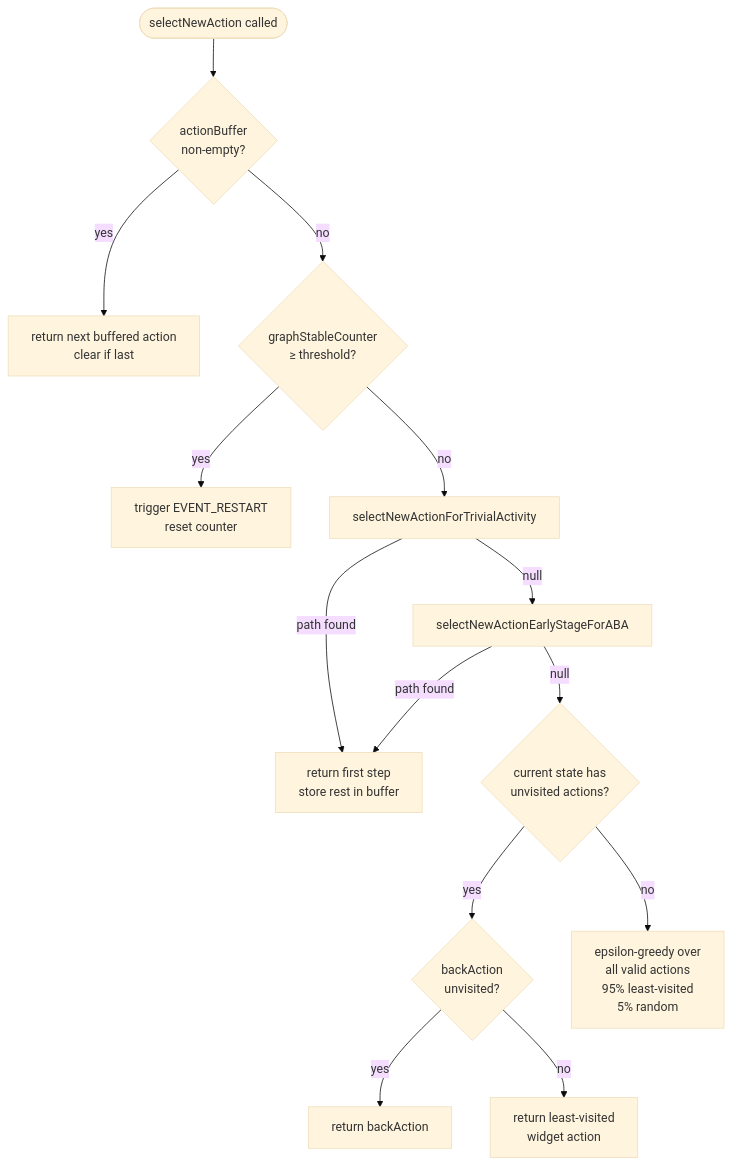
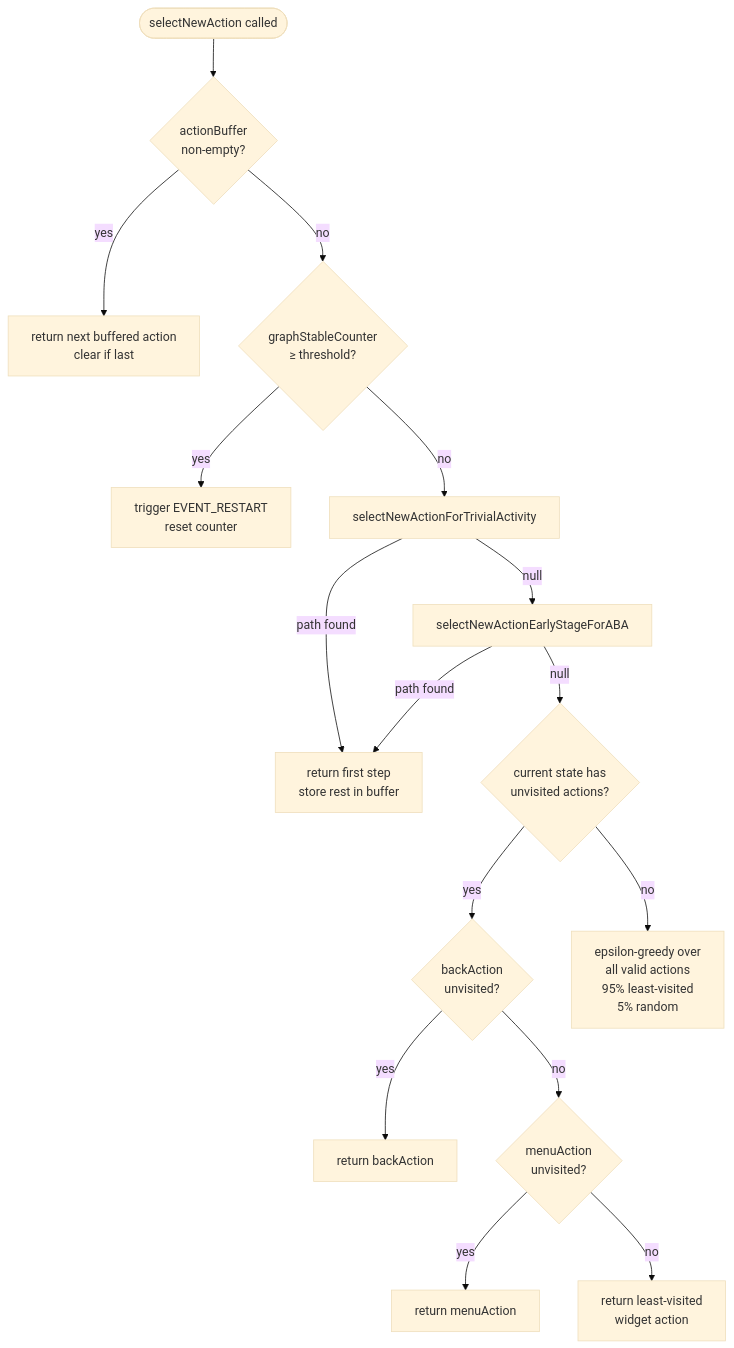
Before and after one commit to phtcosta/ape: the diagram in openspec/specs/exploration/spec.md, drawn with Mermaid (base theme). The commit also changed other lines of this file and 7 other files, not shown here.

````diff
--- a/openspec/specs/exploration/spec.md
+++ b/openspec/specs/exploration/spec.md
@@ -161,16 +198,18 @@
 ```mermaid
 flowchart TD
     START([selectNewAction called]) --> BUFFER{actionBuffer\nnon-empty?}
     BUFFER -->|yes| BUFFERED[return next buffered action\nclear if last]
     BUFFER -->|no| STABLE{graphStableCounter\n≥ threshold?}
     STABLE -->|yes| RESTART[trigger EVENT_RESTART\nreset counter]
     STABLE -->|no| TRIVIAL[selectNewActionForTrivialActivity]
     TRIVIAL -->|path found| PATH[return first step\nstore rest in buffer]
     TRIVIAL -->|null| ABA[selectNewActionEarlyStageForABA]
     ABA -->|path found| PATH
     ABA -->|null| UNVISITED{current state has\nunvisited actions?}
     UNVISITED -->|yes| BACK{backAction\nunvisited?}
     BACK -->|yes| RET_BACK[return backAction]
-    BACK -->|no| WIDGET[return least-visited\nwidget action]
+    BACK -->|no| MENU{menuAction\nunvisited?}
+    MENU -->|yes| RET_MENU[return menuAction]
+    MENU -->|no| WIDGET[return least-visited\nwidget action]
     UNVISITED -->|no| GREEDY[epsilon-greedy over\nall valid actions\n95% least-visited\n5% random]
 ```
````
